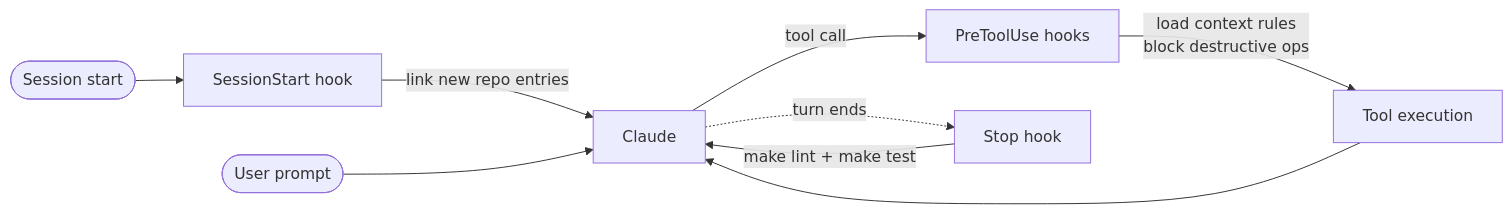
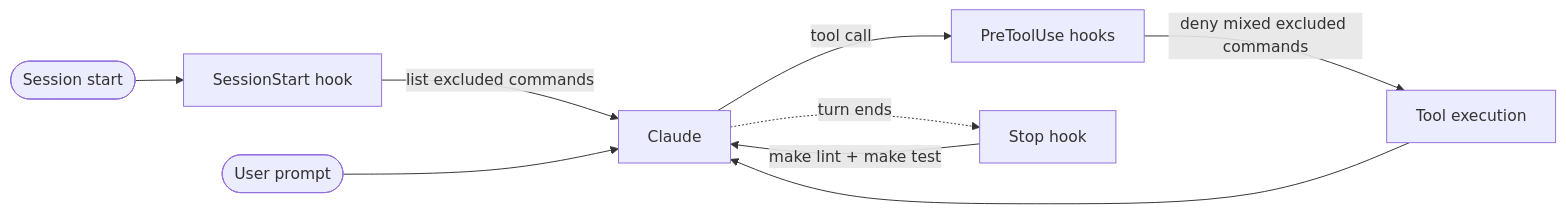
The diagram in README.md (berekvolgyipeter/dotclaude), drawn with Mermaid before and after one commit. The commit also changed other lines of this file and 61 other files, not shown here.

````diff
--- a/README.md
+++ b/README.md
@@ -23,11 +23,11 @@
 ```mermaid
 flowchart LR
-    Start([Session start]) --> Sync[SessionStart hook]
-    Sync -->|link new repo entries| Claude
+    Start([Session start]) --> Notice[SessionStart hook]
+    Notice -->|list excluded commands| Claude
     User([User prompt]) --> Claude
     Claude -->|tool call| Pre[PreToolUse hooks]
-    Pre -->|load context rules<br/>block destructive ops| Tool[Tool execution]
+    Pre -->|deny mixed excluded commands| Tool[Tool execution]
     Tool --> Claude
     Claude -.turn ends.-> Stop[Stop hook]
     Stop -->|make lint + make test| Claude
 ```
````
